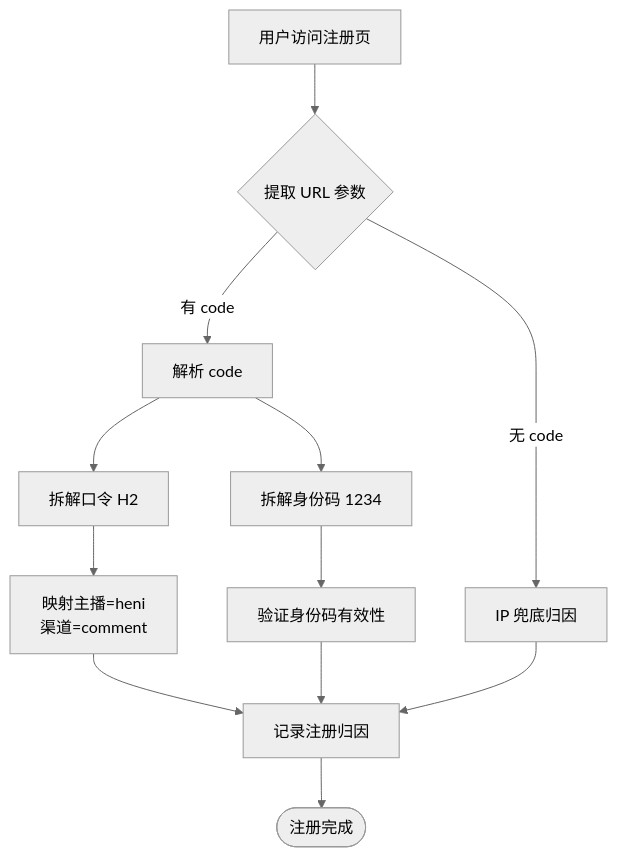
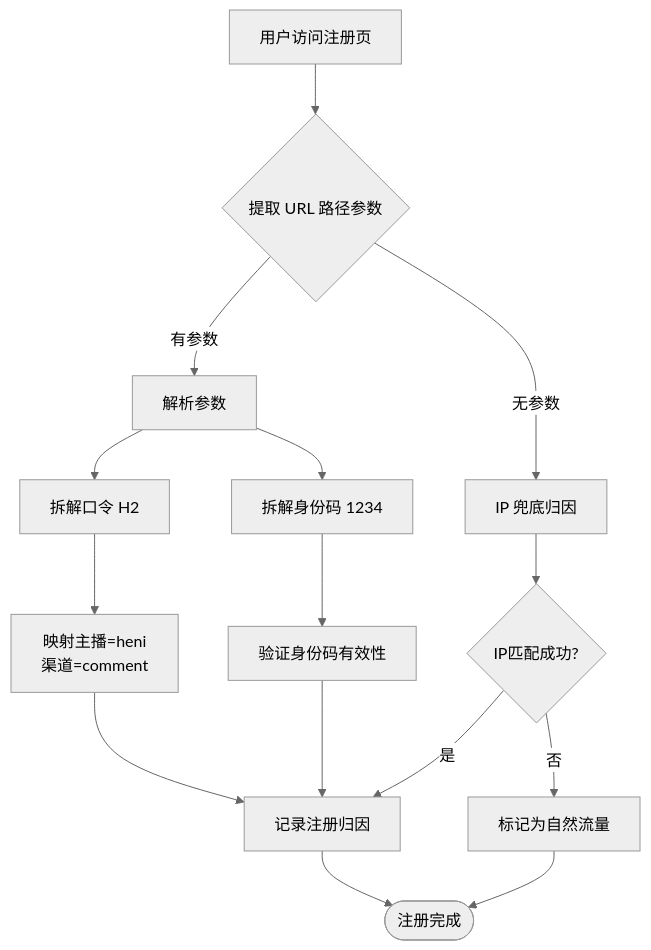
The fourth of 4 diagrams in projects/001-growNewUsers/001-03-landing-page/docs/TK引流到注册完整链路PRD.md (covetworld-png/dinoisland), drawn with Mermaid (neutral theme) before and after one commit. The commit also changed other lines of this file and 2 other files, not shown here.

````diff
--- a/projects/001-growNewUsers/001-03-landing-page/docs/TK引流到注册完整链路PRD.md
+++ b/projects/001-growNewUsers/001-03-landing-page/docs/TK引流到注册完整链路PRD.md
@@ -280,18 +234,22 @@
 ```mermaid
 flowchart TD
-    A[用户访问注册页] --> B{提取 URL 参数}
+    A[用户访问注册页] --> B{提取 URL 路径参数}
     
-    B -->|有 code| C[解析 code]
-    B -->|无 code| D[IP 兜底归因]
+    B -->|有参数| C[解析参数]
+    B -->|无参数| D[IP 兜底归因]
     
     C --> C1[拆解口令 H2]
     C --> C2[拆解身份码 1234]
-    C1 --> C3[映射主播=heni<br/>渠道=comment]
+    C1 --> C3[映射主播=heni<br>渠道=comment]
     C2 --> C4[验证身份码有效性]
     
     C3 --> E[记录注册归因]
     C4 --> E
-    D --> E
     
-    E --> F([注册完成])
+    D --> D1{IP匹配成功?}
+    D1 -->|是| E
+    D1 -->|否| F[标记为自然流量]
+    
+    E --> G([注册完成])
+    F --> G
 ```
````
